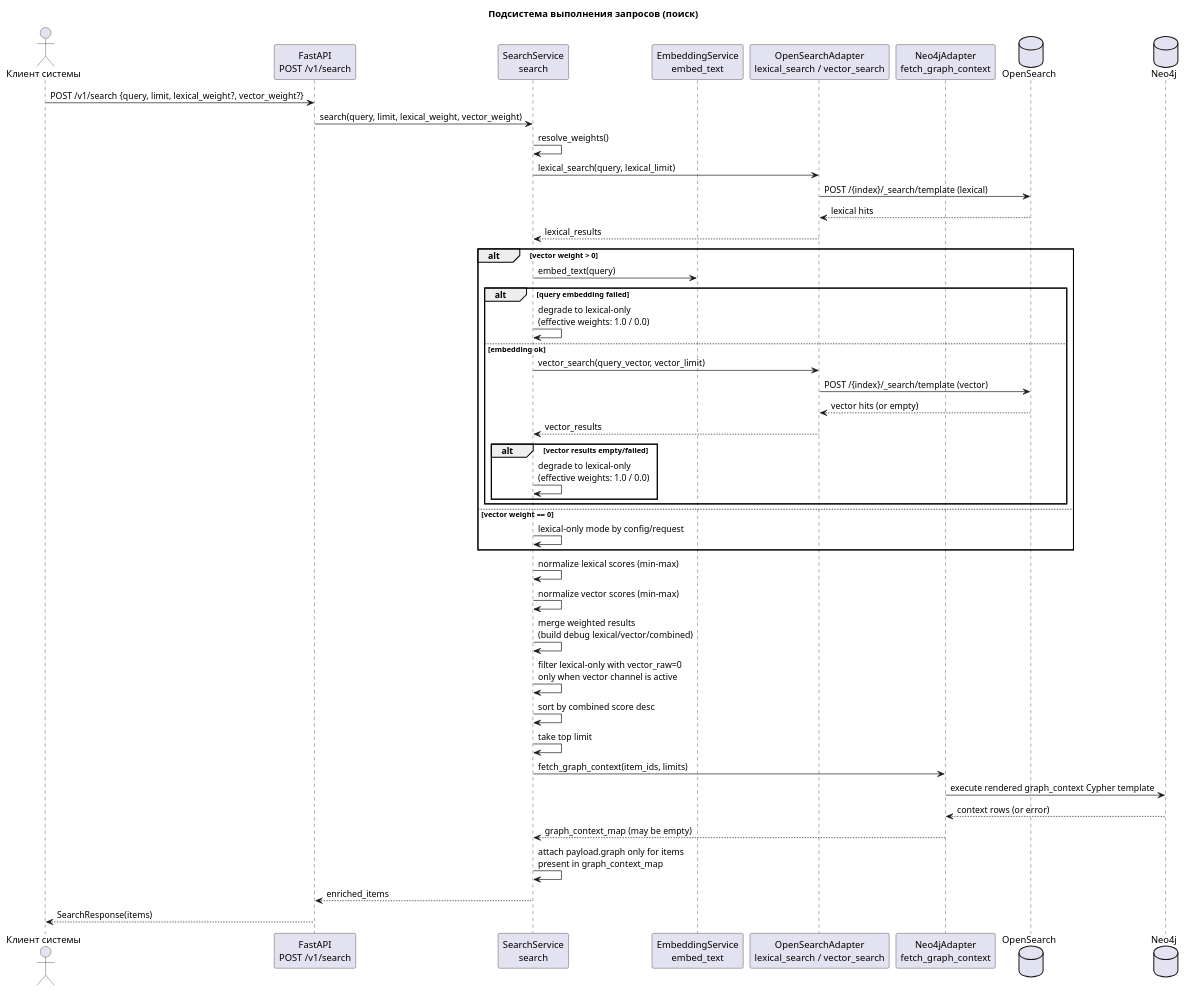
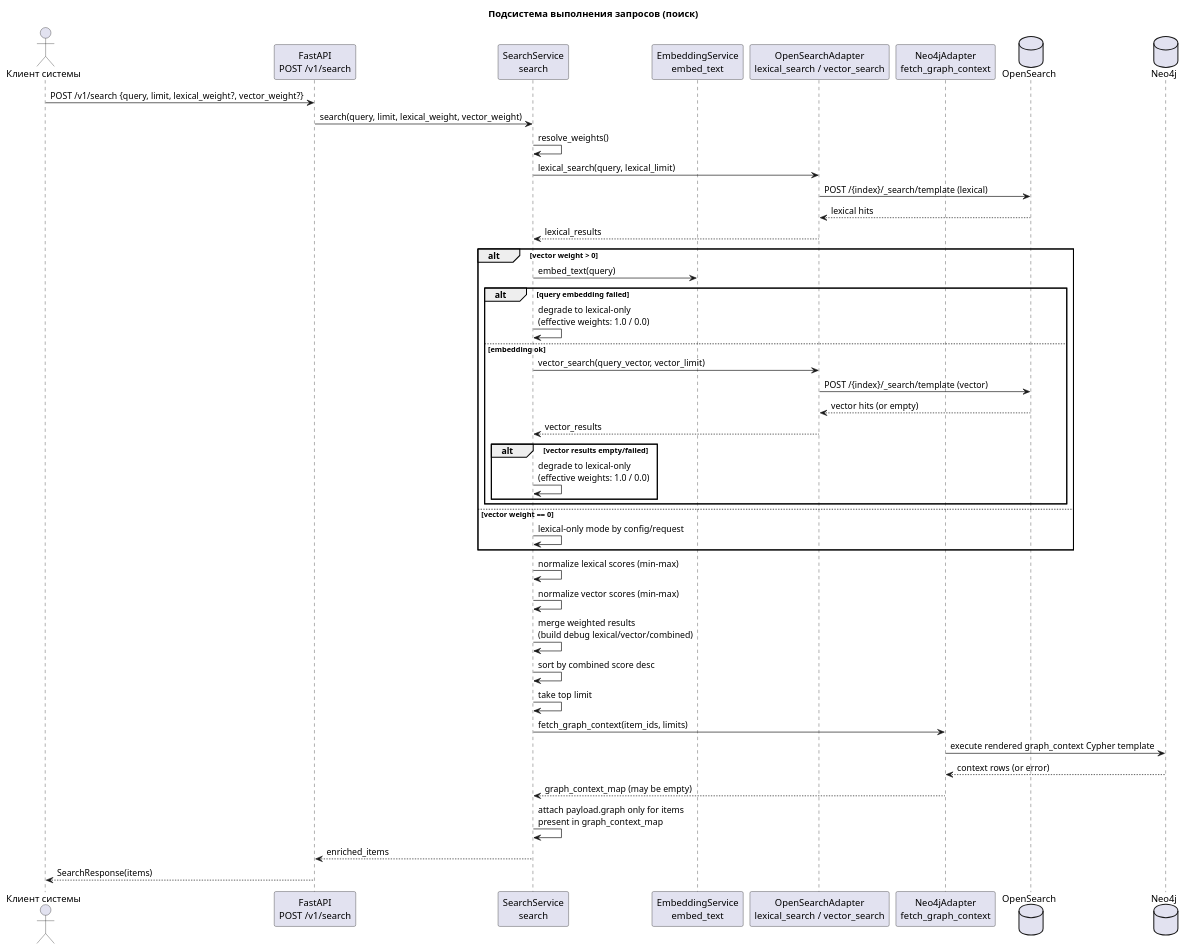
The diagram in docs/diagrams/2_query_execution_subsystem.puml (ilya-anashkin/graphrag-search), drawn with PlantUML before and after one commit. The commit also changed 23 other files, not shown here.

```diff
--- a/docs/diagrams/2_query_execution_subsystem.puml
+++ b/docs/diagrams/2_query_execution_subsystem.puml
@@ -1,54 +1,53 @@
 @startuml
 title Подсистема выполнения запросов (поиск)
 
 actor "Клиент системы" as Client
 participant "FastAPI\nPOST /v1/search" as SearchAPI
 participant "SearchService\nsearch" as Service
 participant "EmbeddingService\nembed_text" as Emb
 participant "OpenSearchAdapter\nlexical_search / vector_search" as OS
 participant "Neo4jAdapter\nfetch_graph_context" as Neo
 database "OpenSearch" as OSDb
 database "Neo4j" as NeoDb
 
 Client -> SearchAPI: POST /v1/search {query, limit, lexical_weight?, vector_weight?}
 SearchAPI -> Service: search(query, limit, lexical_weight, vector_weight)
 
 Service -> Service: resolve_weights()
 Service -> OS: lexical_search(query, lexical_limit)
 OS -> OSDb: POST /{index}/_search/template (lexical)
 OSDb --> OS: lexical hits
 OS --> Service: lexical_results
 
 alt vector weight > 0
   Service -> Emb: embed_text(query)
   alt query embedding failed
     Service -> Service: degrade to lexical-only\n(effective weights: 1.0 / 0.0)
   else embedding ok
     Service -> OS: vector_search(query_vector, vector_limit)
     OS -> OSDb: POST /{index}/_search/template (vector)
     OSDb --> OS: vector hits (or empty)
     OS --> Service: vector_results
     alt vector results empty/failed
       Service -> Service: degrade to lexical-only\n(effective weights: 1.0 / 0.0)
     end
   end
 else vector weight == 0
   Service -> Service: lexical-only mode by config/request
 end
 
 Service -> Service: normalize lexical scores (min-max)
 Service -> Service: normalize vector scores (min-max)
 Service -> Service: merge weighted results\n(build debug lexical/vector/combined)
-Service -> Service: filter lexical-only with vector_raw=0\nonly when vector channel is active
 Service -> Service: sort by combined score desc
 Service -> Service: take top limit
 
 Service -> Neo: fetch_graph_context(item_ids, limits)
 Neo -> NeoDb: execute rendered graph_context Cypher template
 NeoDb --> Neo: context rows (or error)
 Neo --> Service: graph_context_map (may be empty)
 Service -> Service: attach payload.graph only for items\npresent in graph_context_map
 Service --> SearchAPI: enriched_items
 SearchAPI --> Client: SearchResponse(items)
 
 @enduml
```
